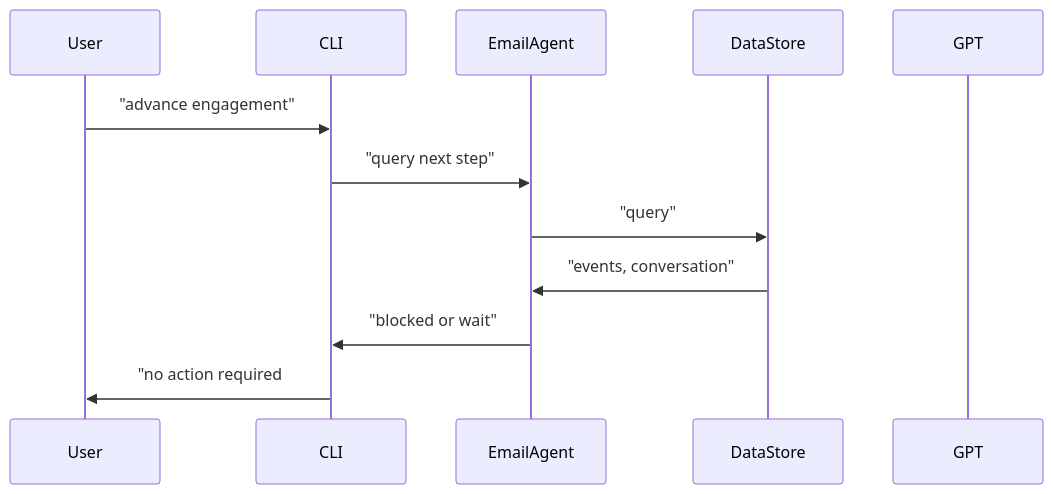
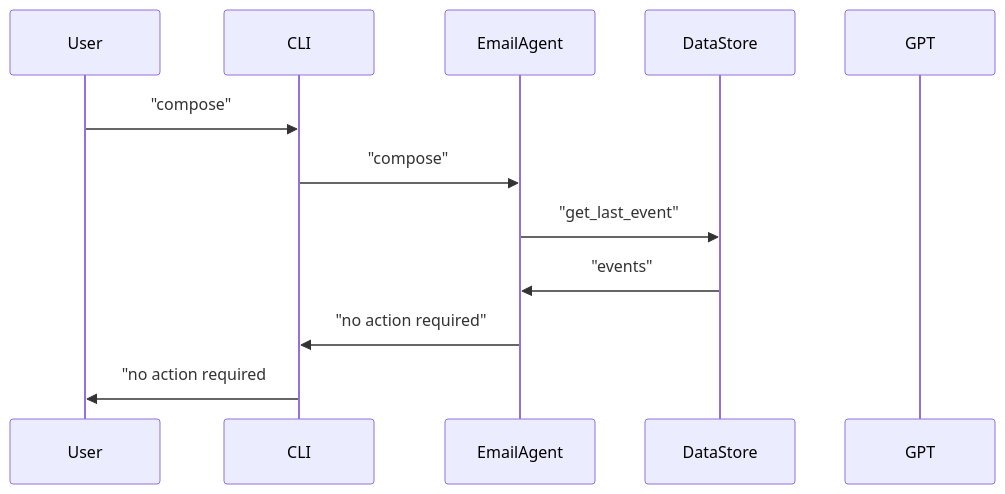
Before and after one commit to alexpotashnik/email-agent: the second of 3 diagrams in README.md, drawn with Mermaid. The commit also changed other lines of this file, not shown here.

Commit message:
documentation

````diff
--- a/README.md
+++ b/README.md
@@ -70,16 +70,16 @@
 ```mermaid
 sequenceDiagram
   participant User
   participant CLI
   participant EmailAgent
   participant DataStore
   participant GPT
 
-  User->>CLI: "advance engagement"
-  CLI->>EmailAgent: "query next step"
-  EmailAgent->>DataStore: "query"
-  DataStore->>EmailAgent: "events, conversation"
-  EmailAgent->>CLI: "blocked or wait"
+  User->>CLI: "compose"
+  CLI->>EmailAgent: "compose"
+  EmailAgent->>DataStore: "get_last_event"
+  DataStore->>EmailAgent: "events"
+  EmailAgent->>CLI: "no action required"
   CLI->>User: "no action required      
   
 ```
````
